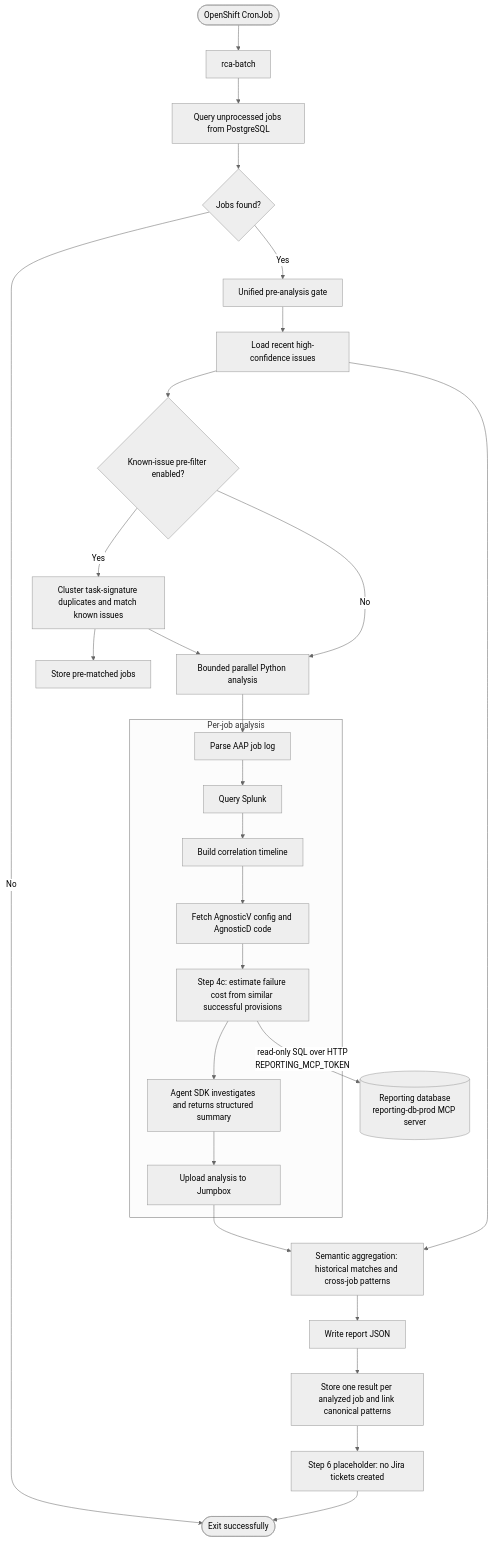
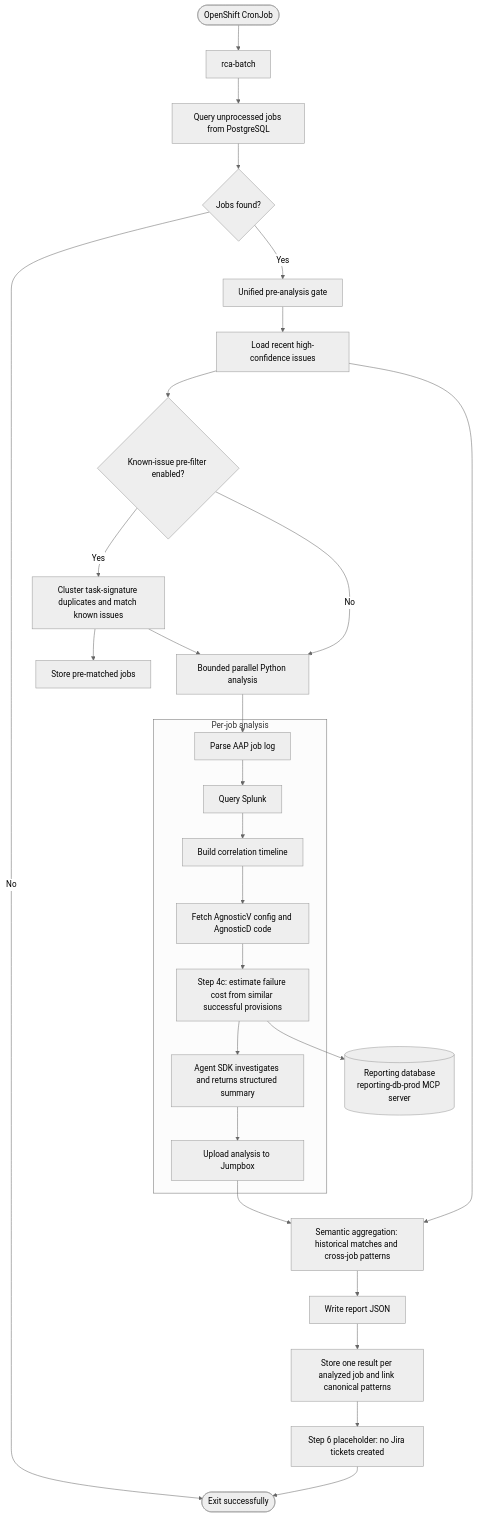
The diagram in README.md (EoghanOConnor/aap2-rca-agent), drawn with Mermaid (neutral theme) before and after one commit.

Commit message:
docs: simplify cost edge in architecture diagram

````diff
--- a/README.md
+++ b/README.md
@@ -10,33 +10,33 @@
 ```mermaid
 flowchart TD
     Start([OpenShift CronJob]) --> Runner[rca-batch]
     Runner --> Query[Query unprocessed jobs from PostgreSQL]
     Query --> AnyJobs{Jobs found?}
     AnyJobs -- No --> Done([Exit successfully])
     AnyJobs -- Yes --> Gate[Unified pre-analysis gate]
     Gate --> Known[Load recent high-confidence issues]
     Known --> Filter{Known-issue pre-filter enabled?}
     Filter -- Yes --> Prefilter[Cluster task-signature duplicates and match known issues]
     Filter -- No --> Analysis
     Prefilter --> Matched[Store pre-matched jobs]
     Prefilter --> Analysis[Bounded parallel Python analysis]
     subgraph PerJob[Per-job analysis]
       Parse[Parse AAP job log]
       Splunk[Query Splunk]
       Correlation[Build correlation timeline]
       GitHub[Fetch AgnosticV config and AgnosticD code]
       Cost[Step 4c: estimate failure cost from similar successful provisions]
       Synthesis[Agent SDK investigates and returns structured summary]
       Upload[Upload analysis to Jumpbox]
       Parse --> Splunk --> Correlation --> GitHub --> Cost --> Synthesis --> Upload
     end
     Analysis --> Parse
     ReportingDB[(Reporting database<br/>reporting-db-prod MCP server)]
-    Cost -- "read-only SQL over HTTP<br/>REPORTING_MCP_TOKEN" --> ReportingDB
+    Cost --> ReportingDB
     Upload --> Aggregate[Semantic aggregation: historical matches and cross-job patterns]
     Known --> Aggregate
     Aggregate --> Write[Write report JSON]
     Write --> Store[Store one result per analyzed job and link canonical patterns]
     Store --> Jira[Step 6 placeholder: no Jira tickets created]
     Jira --> Done
 ```
````
